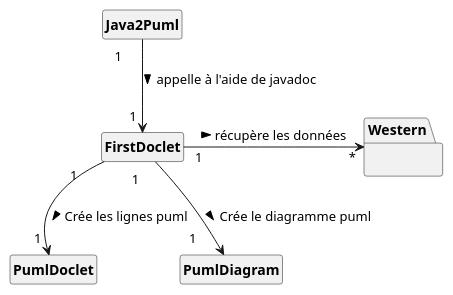
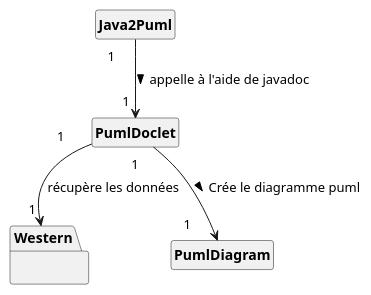
Before and after one commit to yassinkioua/Projet-PumlFromJava: the diagram in uml/DCA_Doclet.puml, drawn with PlantUML. The commit also changed 1 other file, not shown here.

Commit message:
Maj Diagramme

```diff
--- a/uml/DCA_Doclet.puml
+++ b/uml/DCA_Doclet.puml
@@ -1,22 +1,21 @@
 @startuml
 'https://plantuml.com/class-diagram
 skinparam classAttributeIconSize 0
 skinparam classFontStyle Bold
 skinparam style strictuml
 hide empty members
 
-class FirstDoclet
+
 package Western{}
 class Java2Puml
 class PumlDoclet
 class PumlDiagram
 
 
-FirstDoclet " 1\t" -> "\t*" Western : récupère les données >
-Java2Puml " 1\t" --> "\t1" FirstDoclet : appelle à l'aide de javadoc >
-FirstDoclet " 1\t" --> "\t1" PumlDoclet : Crée les lignes puml >
-FirstDoclet  " 1\t" --> "1\t" PumlDiagram : Crée le diagramme puml >
+Java2Puml " 1\t" --> "\t1" PumlDoclet : appelle à l'aide de javadoc >
+PumlDoclet "1\t" --> "\t1" Western : récupère les données
+PumlDoclet  " 1\t" --> "1\t" PumlDiagram : Crée le diagramme puml >
 
 
 
 @enduml
```
